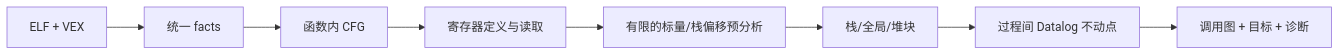
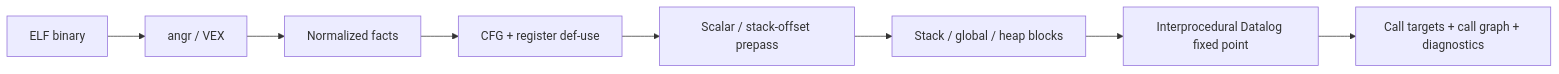
Before and after one commit to dnffabs/BPA: the diagram in README.md, drawn with Mermaid. The commit also changed other lines of this file and 8 other files, not shown here.

````diff
--- a/README.md
+++ b/README.md
@@ -33,10 +19,10 @@
 ```mermaid
 flowchart LR
-    A[ELF + VEX] --> B[统一 facts]
-    B --> C[函数内 CFG]
-    C --> D[寄存器定义与读取]
-    D --> E[有限的标量/栈偏移预分析]
-    E --> F[栈/全局/堆块]
-    F --> G[过程间 Datalog 不动点]
-    G --> H[调用图 + 目标 + 诊断]
+    A[ELF binary] --> B[angr / VEX]
+    B --> C[Normalized facts]
+    C --> D[CFG + register def-use]
+    D --> E[Scalar / stack-offset prepass]
+    E --> F[Stack / global / heap blocks]
+    F --> G[Interprocedural Datalog fixed point]
+    G --> H[Call targets + call graph + diagnostics]
 ```
````
